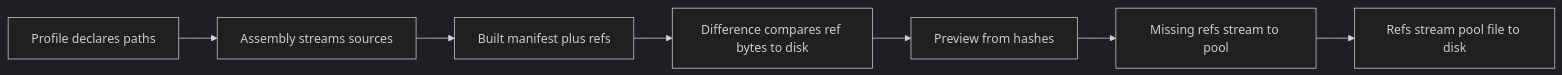
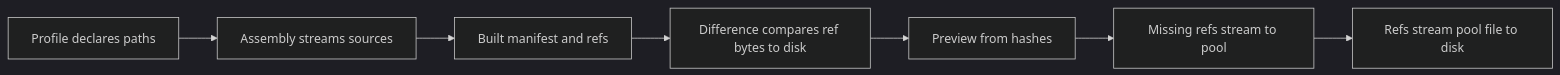
Before and after one commit to SolracHQ/confit: the second of 2 diagrams in docs/design/v0.8.md, drawn with Mermaid (dark theme). The commit also changed other lines of this file and 112 other files, not shown here.

````diff
--- a/docs/design/v0.8.md
+++ b/docs/design/v0.8.md
@@ -190,9 +190,9 @@
 ```mermaid
 flowchart LR
     profile[Profile declares paths] --> eval[Assembly streams sources]
-    eval --> built[Built manifest plus refs]
+    eval --> built[Built manifest and refs]
     built --> difference[Difference compares ref bytes to disk]
     difference --> preview[Preview from hashes]
     preview --> store[Missing refs stream to pool]
     store --> write[Refs stream pool file to disk]
 ```
````
